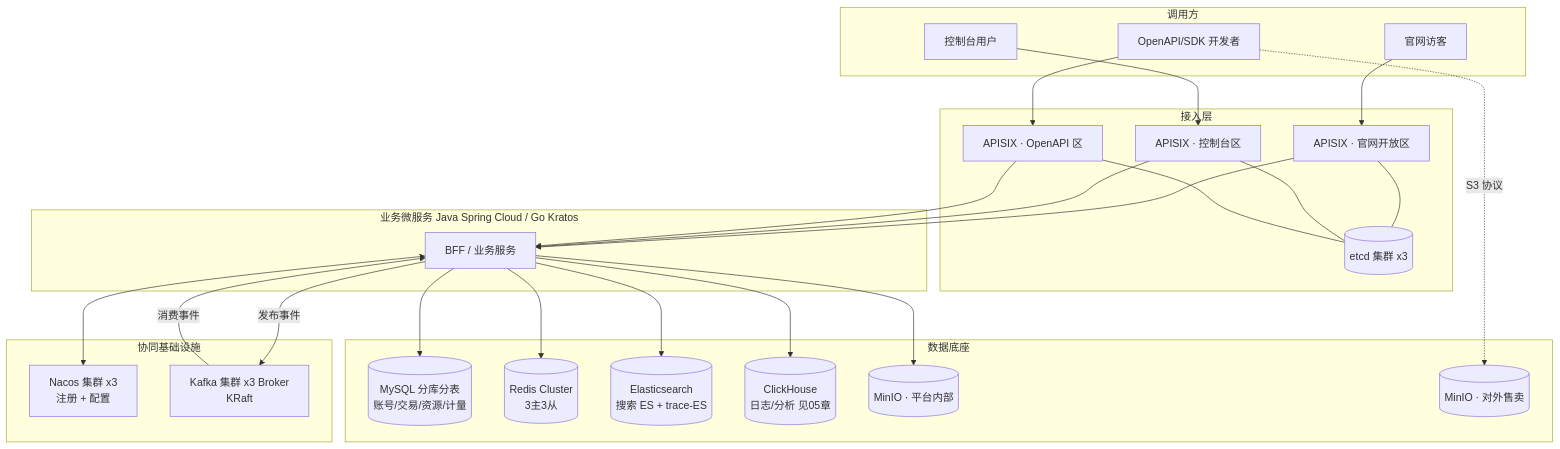
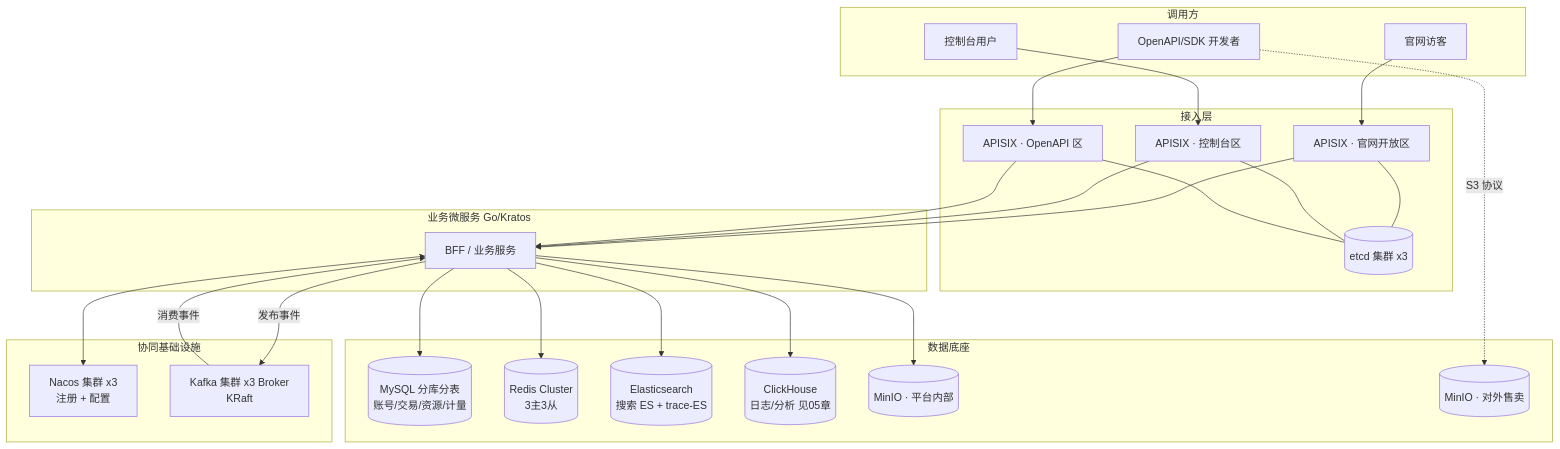
The first of 7 diagrams in docs/architecture/04-middleware-infrastructure.md (qifalab/euler-platform), drawn with Mermaid before and after one commit. The commit also changed other lines of this file and 318 other files, not shown here.

````diff
--- a/docs/architecture/04-middleware-infrastructure.md
+++ b/docs/architecture/04-middleware-infrastructure.md
@@ -54,52 +54,52 @@
 ```mermaid
 flowchart TB
     subgraph "调用方"
         C1[官网访客]
         C2[控制台用户]
         C3[OpenAPI/SDK 开发者]
     end
 
     subgraph "接入层"
         GW1[APISIX · 官网开放区]
         GW2[APISIX · 控制台区]
         GW3[APISIX · OpenAPI 区]
         ETCD[(etcd 集群 x3)]
     end
 
-    subgraph "业务微服务 Java Spring Cloud / Go Kratos"
+    subgraph "业务微服务 Go/Kratos"
         BFF[BFF / 业务服务]
     end
 
     subgraph "协同基础设施"
         NACOS[Nacos 集群 x3<br/>注册 + 配置]
         KAFKA[Kafka 集群 x3 Broker<br/>KRaft]
     end
 
     subgraph "数据底座"
         MYSQL[(MySQL 分库分表<br/>账号/交易/资源/计量)]
         REDIS[(Redis Cluster<br/>3主3从)]
         ES[(Elasticsearch<br/>搜索 ES + trace-ES)]
         CK[(ClickHouse<br/>日志/分析 见05章)]
         MINIO1[(MinIO · 平台内部)]
         MINIO2[(MinIO · 对外售卖)]
     end
 
     C1 --> GW1
     C2 --> GW2
     C3 --> GW3
     GW1 --- ETCD
     GW2 --- ETCD
     GW3 --- ETCD
     GW1 --> BFF
     GW2 --> BFF
     GW3 --> BFF
     BFF <--> NACOS
     BFF -->|发布事件| KAFKA
     KAFKA -->|消费事件| BFF
     BFF --> MYSQL
     BFF --> REDIS
     BFF --> ES
     BFF --> CK
     BFF --> MINIO1
     C3 -.S3 协议.-> MINIO2
 ```
````
